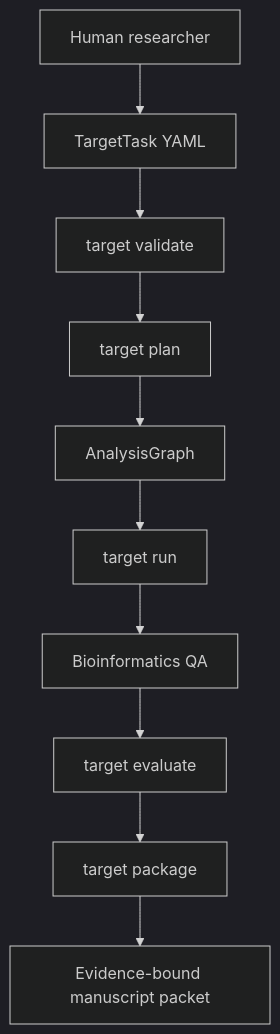
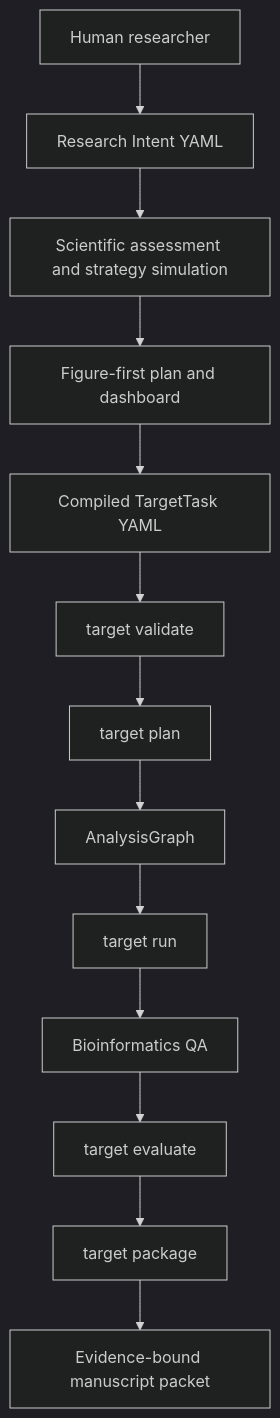
Before and after one commit to anthonyvmppg3yigdt33kp-lang/ResearchPaperWorkflow: the diagram in ARCHITECTURE.md, drawn with Mermaid (dark theme). The commit also changed other lines of this file and 62 other files, not shown here.

````diff
--- a/ARCHITECTURE.md
+++ b/ARCHITECTURE.md
@@ -13,12 +13,15 @@
 ```mermaid
 flowchart TB
-    U["Human researcher"] --> T["TargetTask YAML"]
+    U["Human researcher"] --> I["Research Intent YAML"]
+    I --> S["Scientific assessment and strategy simulation"]
+    S --> F["Figure-first plan and dashboard"]
+    F --> T["Compiled TargetTask YAML"]
     T --> V["target validate"]
     V --> P["target plan"]
     P --> G["AnalysisGraph"]
     G --> R["target run"]
     R --> Q["Bioinformatics QA"]
     Q --> E["target evaluate"]
     E --> K["target package"]
     K --> M["Evidence-bound manuscript packet"]
 ```
````
